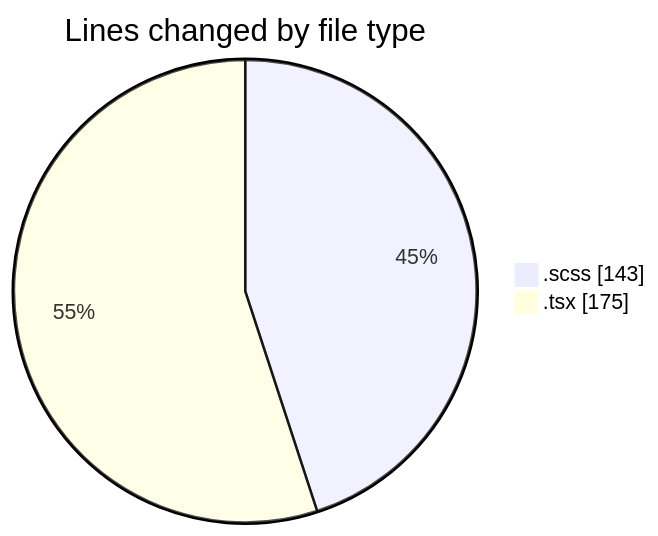
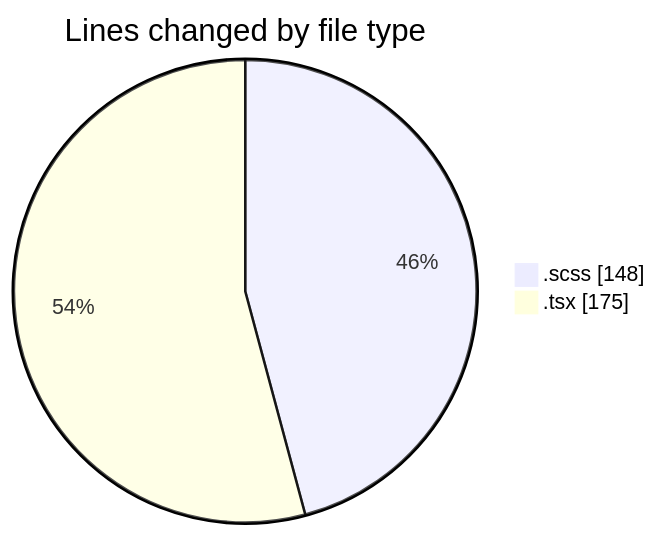
Before and after one commit to momahboobian/code-tracking: the first of 2 diagrams in 2025-03-28/cda/README.md, drawn with Mermaid. The commit also changed other lines of this file and 1 other file, not shown here.

````diff
--- a/2025-03-28/cda/README.md
+++ b/2025-03-28/cda/README.md
@@ -22,6 +22,6 @@
 ```mermaid
 pie showData
 title Lines changed by file type
-".scss" : 143
+".scss" : 148
 ".tsx" : 175
 ```
````
